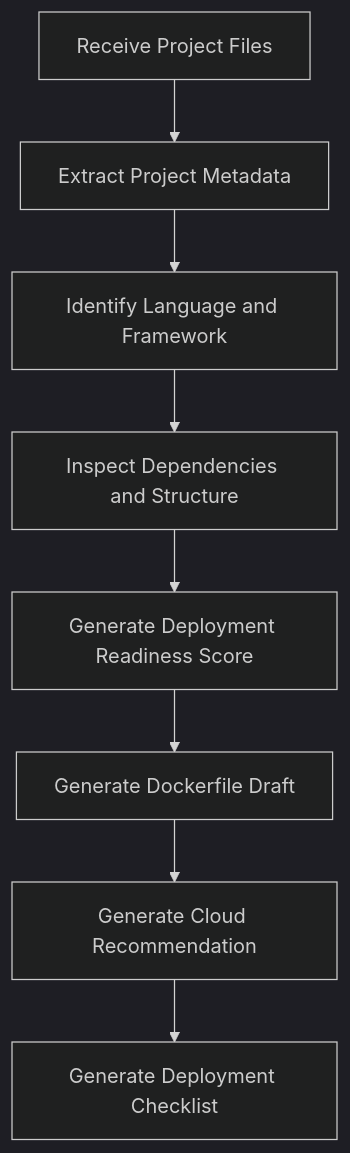
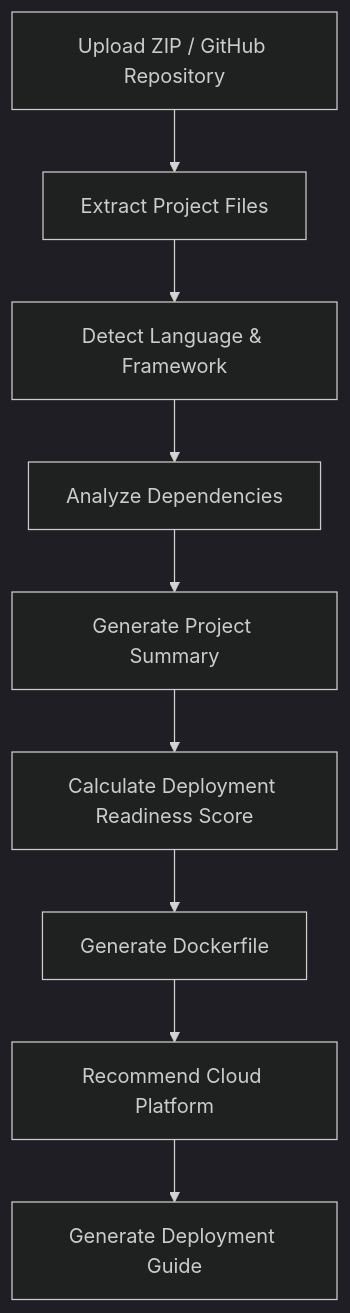
Before and after one commit to Isha-2325/AI-Cloud-Deployment-Platform: the third of 4 diagrams in docs/05_System_Architecture.md, drawn with Mermaid (dark theme). The commit also changed other lines of this file and 4 other files, not shown here.

Commit message:
docs: update SRS, System Architecture, Database Design, API Design; add Future Scope

````diff
--- a/docs/05_System_Architecture.md
+++ b/docs/05_System_Architecture.md
@@ -54,10 +54,21 @@
 ```mermaid
 flowchart TD
-    A[Receive Project Files] --> B[Extract Project Metadata]
-    B --> C[Identify Language and Framework]
-    C --> D[Inspect Dependencies and Structure]
-    D --> E[Generate Deployment Readiness Score]
-    E --> F[Generate Dockerfile Draft]
-    F --> G[Generate Cloud Recommendation]
-    G --> H[Generate Deployment Checklist]
+    A[Upload ZIP / GitHub Repository]
+    B[Extract Project Files]
+    C[Detect Language & Framework]
+    D[Analyze Dependencies]
+    E[Generate Project Summary]
+    F[Calculate Deployment Readiness Score]
+    G[Generate Dockerfile]
+    H[Recommend Cloud Platform]
+    I[Generate Deployment Guide]
+
+    A --> B
+    B --> C
+    C --> D
+    D --> E
+    E --> F
+    F --> G
+    G --> H
+    H --> I
 ```
````
